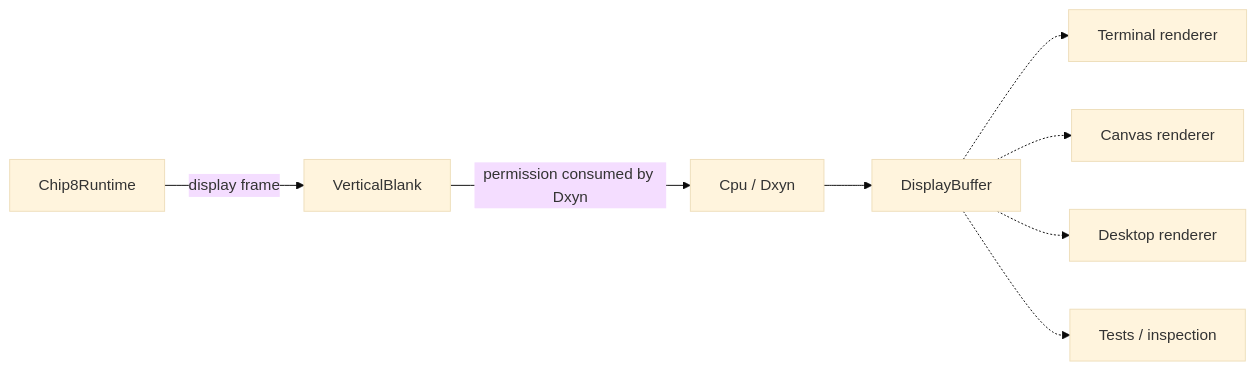
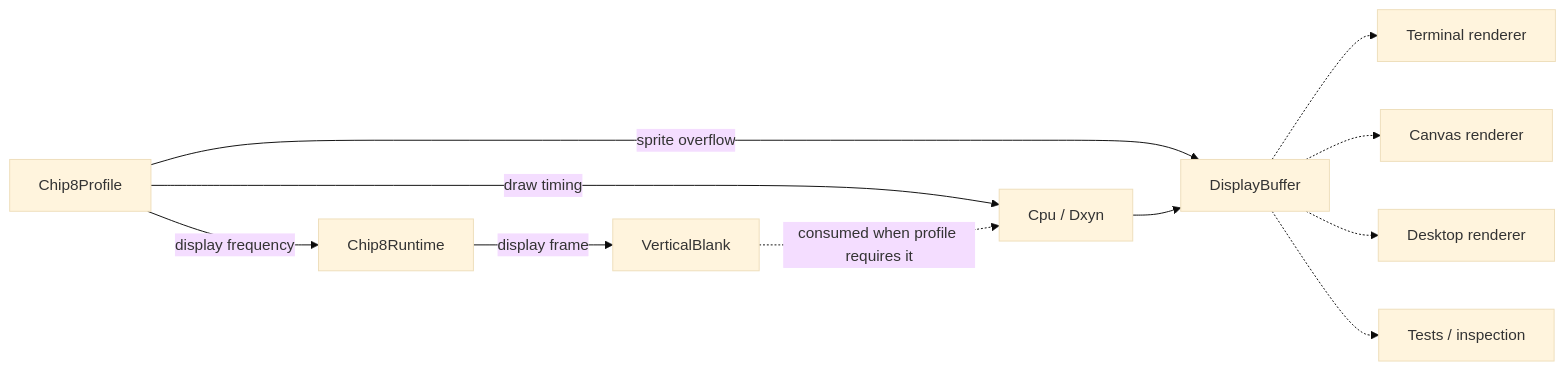
The eighth of 9 diagrams in docs/architecture/overview.md (fa-ribeiro/Chip8NX), drawn with Mermaid (base theme) before and after one commit. The commit also changed other lines of this file and 11 other files, not shown here.

````diff
--- a/docs/architecture/overview.md
+++ b/docs/architecture/overview.md
@@ -275,20 +330,25 @@
 ```mermaid
 flowchart LR
+    Profile["Chip8Profile"]
     Runtime["Chip8Runtime"]
     VBlank["VerticalBlank"]
     Cpu["Cpu / Dxyn"]
     Buffer["DisplayBuffer"]
     Terminal["Terminal renderer"]
     Canvas["Canvas renderer"]
     Desktop["Desktop renderer"]
     Tests["Tests / inspection"]
 
+    Profile -->|"display frequency"| Runtime
+    Profile -->|"draw timing"| Cpu
+    Profile -->|"sprite overflow"| Buffer
+
     Runtime -->|"display frame"| VBlank
-    VBlank -->|"permission consumed by Dxyn"| Cpu
+    VBlank -.->|"consumed when profile requires it"| Cpu
     Cpu --> Buffer
 
     Buffer -.-> Terminal
     Buffer -.-> Canvas
     Buffer -.-> Desktop
     Buffer -.-> Tests
 ```
````
